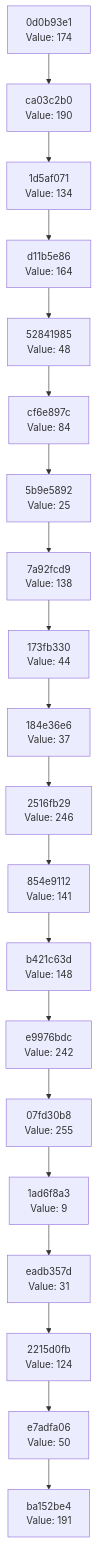
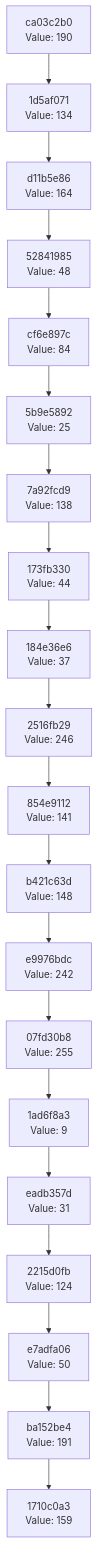
One commit to Abhisheksinha1506/hash-chain-evolver changed the diagram in docs/CHAIN_VISUALIZATION.md. Above: the diagram before and after it, drawn with Mermaid. The commit also changed 2 other files, not shown here.

Commit message:
Evolution step: hash 0x9F → action executed

````diff
--- a/docs/CHAIN_VISUALIZATION.md
+++ b/docs/CHAIN_VISUALIZATION.md
@@ -3,42 +3,42 @@
 ```mermaid
 graph TD
-    C0["ba152be4<br/>Value: 191"]
-    C1["e7adfa06<br/>Value: 50"]
+    C0["1710c0a3<br/>Value: 159"]
+    C1["ba152be4<br/>Value: 191"]
     C1 --> C0
-    C2["2215d0fb<br/>Value: 124"]
+    C2["e7adfa06<br/>Value: 50"]
     C2 --> C1
-    C3["eadb357d<br/>Value: 31"]
+    C3["2215d0fb<br/>Value: 124"]
     C3 --> C2
-    C4["1ad6f8a3<br/>Value: 9"]
+    C4["eadb357d<br/>Value: 31"]
     C4 --> C3
-    C5["07fd30b8<br/>Value: 255"]
+    C5["1ad6f8a3<br/>Value: 9"]
     C5 --> C4
-    C6["e9976bdc<br/>Value: 242"]
+    C6["07fd30b8<br/>Value: 255"]
     C6 --> C5
-    C7["b421c63d<br/>Value: 148"]
+    C7["e9976bdc<br/>Value: 242"]
     C7 --> C6
-    C8["854e9112<br/>Value: 141"]
+    C8["b421c63d<br/>Value: 148"]
     C8 --> C7
-    C9["2516fb29<br/>Value: 246"]
+    C9["854e9112<br/>Value: 141"]
     C9 --> C8
-    C10["184e36e6<br/>Value: 37"]
+    C10["2516fb29<br/>Value: 246"]
     C10 --> C9
-    C11["173fb330<br/>Value: 44"]
+    C11["184e36e6<br/>Value: 37"]
     C11 --> C10
-    C12["7a92fcd9<br/>Value: 138"]
+    C12["173fb330<br/>Value: 44"]
     C12 --> C11
-    C13["5b9e5892<br/>Value: 25"]
+    C13["7a92fcd9<br/>Value: 138"]
     C13 --> C12
-    C14["cf6e897c<br/>Value: 84"]
+    C14["5b9e5892<br/>Value: 25"]
     C14 --> C13
-    C15["52841985<br/>Value: 48"]
+    C15["cf6e897c<br/>Value: 84"]
     C15 --> C14
-    C16["d11b5e86<br/>Value: 164"]
+    C16["52841985<br/>Value: 48"]
     C16 --> C15
-    C17["1d5af071<br/>Value: 134"]
+    C17["d11b5e86<br/>Value: 164"]
     C17 --> C16
-    C18["ca03c2b0<br/>Value: 190"]
+    C18["1d5af071<br/>Value: 134"]
     C18 --> C17
-    C19["0d0b93e1<br/>Value: 174"]
+    C19["ca03c2b0<br/>Value: 190"]
     C19 --> C18
 ```
````
